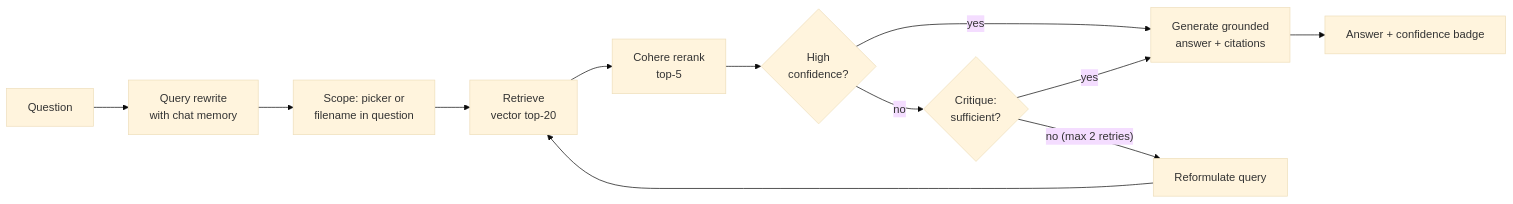
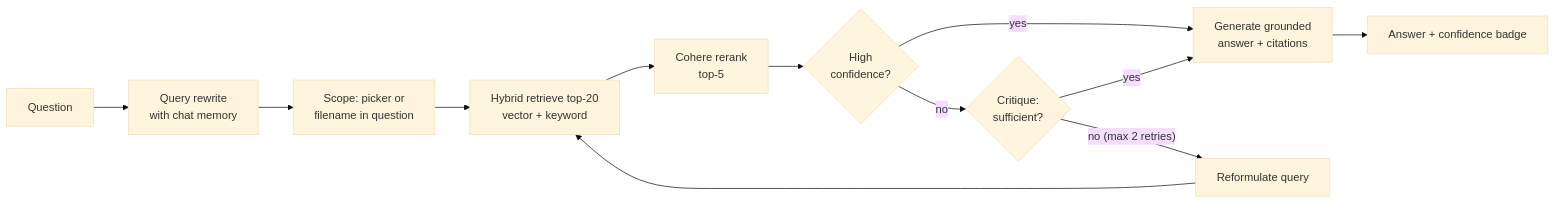
Before and after one commit to an-1272/docsense: the diagram in README.md, drawn with Mermaid (base theme). The commit also changed other lines of this file, not shown here.

Commit message:
README: fix broken eval table, restructure Evaluation, hybrid retrieval in diagram, deploy steps, Key Vault env, Troubleshooting section

````diff
--- a/README.md
+++ b/README.md
@@ -22,13 +22,13 @@
 ```mermaid
 flowchart LR
     Q[Question] --> RW[Query rewrite<br/>with chat memory]
     RW --> SC[Scope: picker or<br/>filename in question]
-    SC --> R[Retrieve<br/>vector top-20]
+    SC --> R[Hybrid retrieve top-20<br/>vector + keyword]
     R --> RR[Cohere rerank<br/>top-5]
     RR --> HC{High<br/>confidence?}
     HC -- yes --> GEN[Generate grounded<br/>answer + citations]
     HC -- no --> CR{Critique:<br/>sufficient?}
     CR -- yes --> GEN
     CR -- "no (max 2 retries)" --> RV[Reformulate query] --> R
     GEN --> A[Answer + confidence badge]
 ```
````
